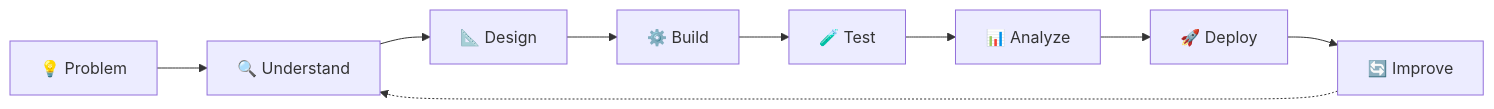
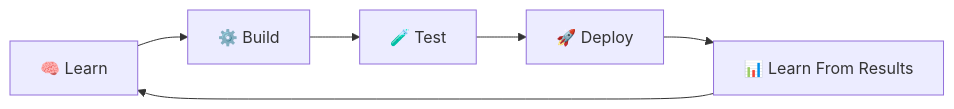
One commit to veerendrakalyanbabu-VKB/veerendrakalyanbabu-VKB changed the sixth of 6 diagrams in README.md. Above: the diagram before and after it, drawn with Mermaid. The commit also changed other lines of this file, not shown here.

````diff
--- a/README.md
+++ b/README.md
@@ -225,11 +391,8 @@
 ```mermaid
 flowchart LR
-    A[💡 Problem] --> B[🔍 Understand]
-    B --> C[📐 Design]
-    C --> D[⚙️ Build]
-    D --> E[🧪 Test]
-    E --> F[📊 Analyze]
-    F --> G[🚀 Deploy]
-    G --> H[🔄 Improve]
-    H -.-> B
+    A["🧠 Learn"] --> B["⚙️ Build"]
+    B --> C["🧪 Test"]
+    C --> D["🚀 Deploy"]
+    D --> E["📊 Learn From Results"]
+    E --> A
 ```
````
